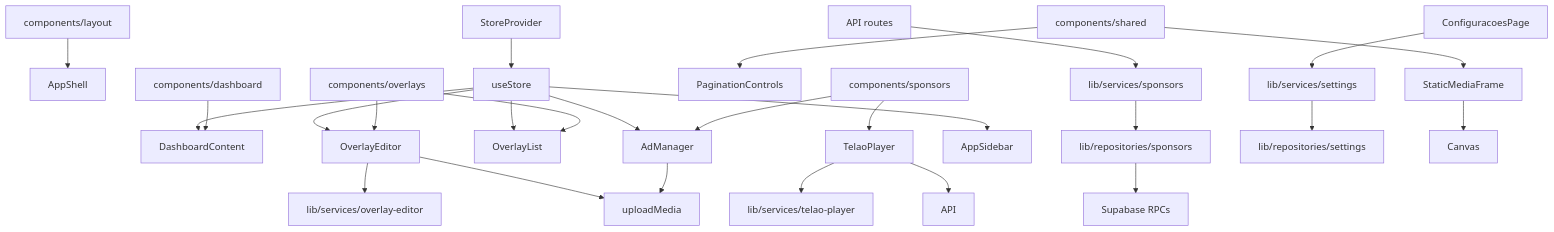
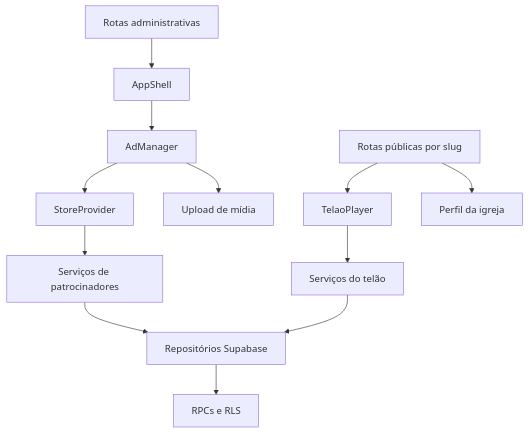
Before and after one commit to victorpessoa-dev/telao-online: the diagram in docs/componentes-hooks-services.md, drawn with Mermaid. The commit also changed other lines of this file and 13 other files, not shown here.

````diff
--- a/docs/componentes-hooks-services.md
+++ b/docs/componentes-hooks-services.md
@@ -72,28 +29,14 @@
 ```mermaid
 flowchart TD
-  Layout[components/layout] --> AppShell
-  DashboardFolder[components/dashboard] --> DashboardContent
-  OverlayFolder[components/overlays] --> OverlayEditor
-  OverlayFolder --> OverlayList
-  SponsorsFolder[components/sponsors] --> AdManager
-  SponsorsFolder --> TelaoPlayer
-  SharedFolder[components/shared] --> PaginationControls
-  SharedFolder --> StaticMediaFrame
-  StoreProvider --> useStore
-  useStore --> AdManager
-  useStore --> OverlayEditor
-  useStore --> OverlayList
-  useStore --> DashboardContent
-  useStore --> AppSidebar
-  ApiRoutes[API routes] --> SponsorServices[lib/services/sponsors]
-  SponsorServices --> SponsorRepositories[lib/repositories/sponsors]
-  SponsorRepositories --> SupabaseRPC[Supabase RPCs]
-  ConfiguracoesPage --> SettingsServices[lib/services/settings]
-  SettingsServices --> SettingsRepositories[lib/repositories/settings]
-  OverlayEditor --> OverlayEditorServices[lib/services/overlay-editor]
-  TelaoPlayer --> TelaoServices[lib/services/telao-player]
-  AdManager --> uploadMedia
-  OverlayEditor --> uploadMedia
-  TelaoPlayer --> API
-  StaticMediaFrame --> Canvas
+  Admin[Rotas administrativas] --> Shell[AppShell]
+  Shell --> Manager[AdManager]
+  Manager --> Store[StoreProvider]
+  Store --> SponsorServices[Serviços de patrocinadores]
+  SponsorServices --> Repositories[Repositórios Supabase]
+  Public[Rotas públicas por slug] --> Player[TelaoPlayer]
+  Public --> Profile[Perfil da igreja]
+  Player --> TelaoServices[Serviços do telão]
+  TelaoServices --> Repositories
+  Repositories --> RPC[RPCs e RLS]
+  Manager --> Upload[Upload de mídia]
 ```
````
